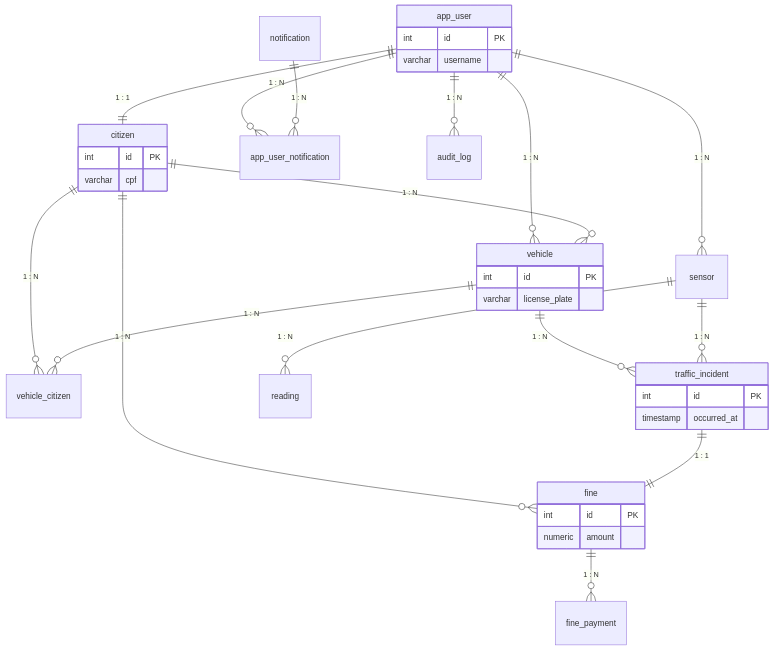
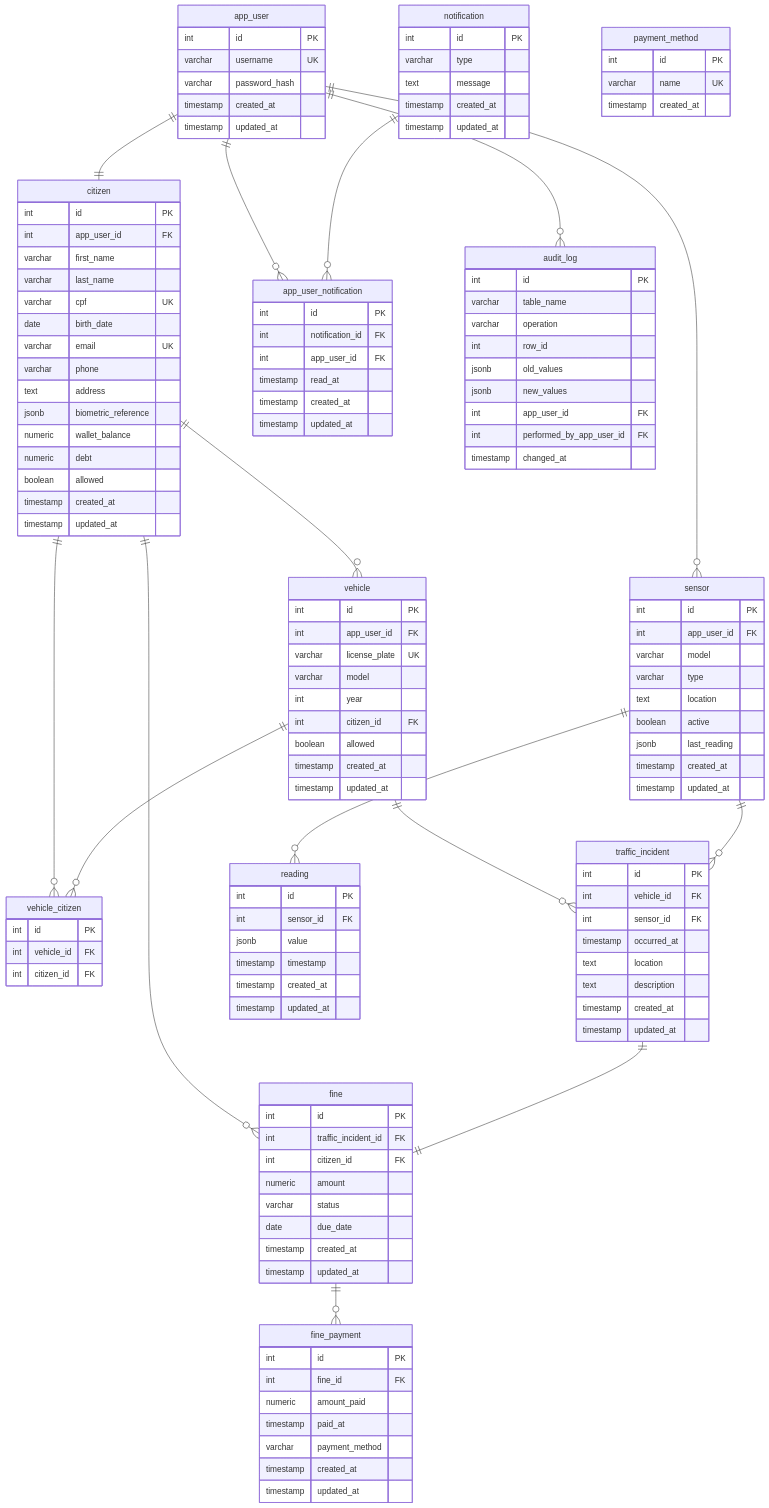
Before and after one commit to cidade-felipe/smart-city-os: the diagram in DOCUMENTATION.md, drawn with Mermaid.

Commit message:
atualizacao da documentacao

````diff
--- a/DOCUMENTATION.md
+++ b/DOCUMENTATION.md
@@ -60,45 +60,159 @@
 ```mermaid
 erDiagram
-    %% Estilização para melhorar contraste
-    app_user ||--|| citizen : "1 : 1"
-    app_user ||--o{ vehicle : "1 : N"
-    app_user ||--o{ sensor : "1 : N"
-    app_user ||--o{ app_user_notification : "1 : N"
-    app_user ||--o{ audit_log : "1 : N"
+    %% --- USUÁRIOS E CIDADÃOS ---
+    app_user ||--|| citizen : ""
+    app_user ||--o{ app_user_notification : ""
+    app_user ||--o{ audit_log : ""
+
+    citizen ||--o{ vehicle : ""
+    citizen ||--o{ vehicle_citizen : ""
+    citizen ||--o{ fine : ""
+
+    %% --- VEÍCULOS E TRÂNSITO ---
+    vehicle ||--o{ vehicle_citizen : ""
+    vehicle ||--o{ traffic_incident : ""
     
-    citizen ||--o{ vehicle : "1 : N"
-    citizen ||--o{ vehicle_citizen : "1 : N"
-    citizen ||--o{ fine : "1 : N"
+    sensor ||--o{ traffic_incident : ""
+    sensor ||--o{ reading : ""
+    app_user ||--o{ sensor : ""
 
-    vehicle ||--o{ vehicle_citizen : "1 : N"
-    vehicle ||--o{ traffic_incident : "1 : N"
+    %% --- MULTAS E FINANCEIRO ---
+    traffic_incident ||--|| fine : ""
+    fine ||--o{ fine_payment : ""
+    
+    %% --- SISTEMA E LOGS ---
+    notification ||--o{ app_user_notification : ""
 
-    sensor ||--o{ reading : "1 : N"
-    sensor ||--o{ traffic_incident : "1 : N"
-
-    traffic_incident ||--|| fine : "1 : 1"
-    fine ||--o{ fine_payment : "1 : N"
-
-    notification ||--o{ app_user_notification : "1 : N"
-
+    %% --- DEFINIÇÃO DAS TABELAS ---
     app_user {
         int id PK
-        varchar username
+        varchar username UK
+        varchar password_hash
+        timestamp created_at
+        timestamp updated_at
     }
+
     citizen {
         int id PK
-        varchar cpf
+        int app_user_id FK
+        varchar first_name
+        varchar last_name
+        varchar cpf UK
+        date birth_date
+        varchar email UK
+        varchar phone
+        text address
+        jsonb biometric_reference
+        numeric wallet_balance
+        numeric debt
+        boolean allowed
+        timestamp created_at
+        timestamp updated_at
     }
+
     vehicle {
         int id PK
-        varchar license_plate
+        int app_user_id FK
+        varchar license_plate UK
+        varchar model
+        int year
+        int citizen_id FK
+        boolean allowed
+        timestamp created_at
+        timestamp updated_at
     }
+
+    vehicle_citizen {
+        int id PK
+        int vehicle_id FK
+        int citizen_id FK
+    }
+
+    sensor {
+        int id PK
+        int app_user_id FK
+        varchar model
+        varchar type
+        text location
+        boolean active
+        jsonb last_reading
+        timestamp created_at
+        timestamp updated_at
+    }
+
+    reading {
+        int id PK
+        int sensor_id FK
+        jsonb value
+        timestamp timestamp
+        timestamp created_at
+        timestamp updated_at
+    }
+
+    traffic_incident {
+        int id PK
+        int vehicle_id FK
+        int sensor_id FK
+        timestamp occurred_at
+        text location
+        text description
+        timestamp created_at
+        timestamp updated_at
+    }
+
     fine {
         int id PK
+        int traffic_incident_id FK
+        int citizen_id FK
         numeric amount
+        varchar status
+        date due_date
+        timestamp created_at
+        timestamp updated_at
     }
-    traffic_incident {
+
+    fine_payment {
         int id PK
-        timestamp occurred_at
+        int fine_id FK
+        numeric amount_paid
+        timestamp paid_at
+        varchar payment_method
+        timestamp created_at
+        timestamp updated_at
+    }
+
+    payment_method {
+        int id PK
+        varchar name UK
+        timestamp created_at
+    }
+
+    notification {
+        int id PK
+        varchar type
+        text message
+        timestamp created_at
+        timestamp updated_at
+    }
+
+    app_user_notification {
+        int id PK
+        int notification_id FK
+        int app_user_id FK
+        timestamp read_at
+        timestamp created_at
+        timestamp updated_at
+    }
+
+    audit_log {
+        int id PK
+        varchar table_name
+        varchar operation
+        int row_id
+        jsonb old_values
+        jsonb new_values
+        int app_user_id FK
+        int performed_by_app_user_id FK
+        timestamp changed_at
     }
 ```
````
